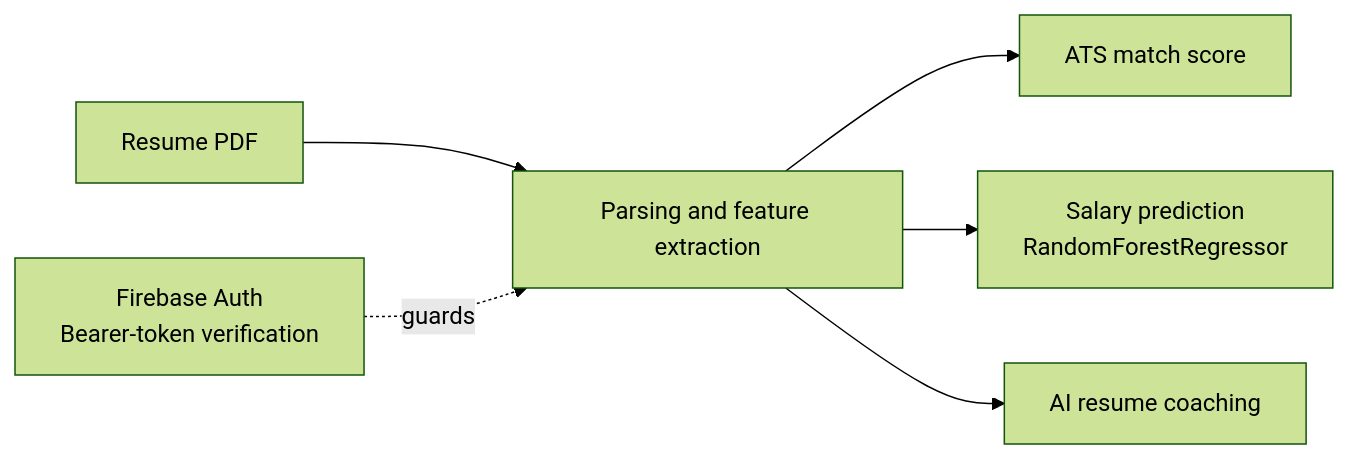
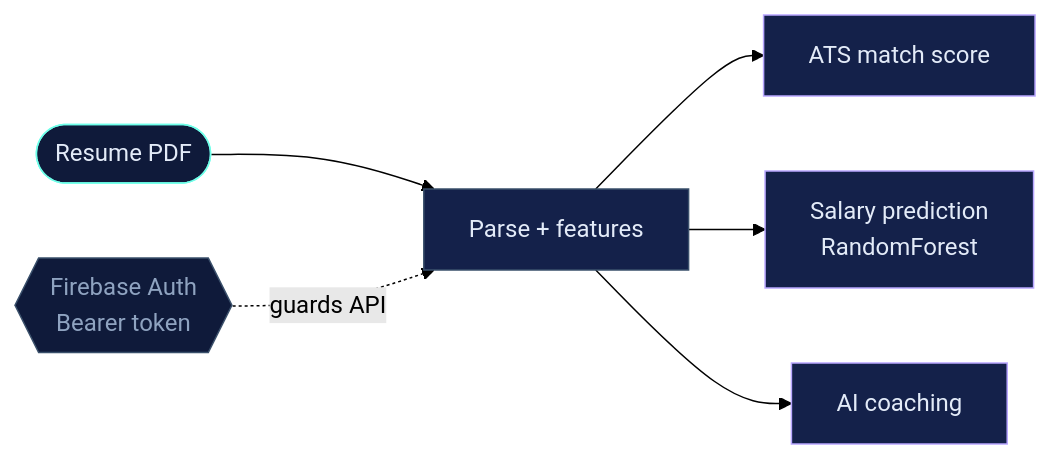
Before and after one commit to Shashank2006offl/Shashank2006offl: the third of 4 diagrams in README.md, drawn with Mermaid (forest theme). The commit also changed other lines of this file, not shown here.

````diff
--- a/README.md
+++ b/README.md
@@ -87,8 +90,14 @@
 ```mermaid
 flowchart LR
-    A[Resume PDF] --> B[Parsing and feature extraction]
+    A([Resume PDF]) --> B[Parse + features]
     B --> C[ATS match score]
-    B --> D[Salary prediction<br/>RandomForestRegressor]
-    B --> E[AI resume coaching]
-    F[Firebase Auth<br/>Bearer-token verification] -.guards.-> B
+    B --> D[Salary prediction<br/>RandomForest]
+    B --> E[AI coaching]
+    F{{Firebase Auth<br/>Bearer token}} -.guards API.-> B
+    style A fill:#0f1a3a,stroke:#6FFFE9,color:#e3ebf8
+    style B fill:#14214a,stroke:#3a506b,color:#e3ebf8
+    style C fill:#14214a,stroke:#b9a7ff,color:#e3ebf8
+    style D fill:#14214a,stroke:#b9a7ff,color:#e3ebf8
+    style E fill:#14214a,stroke:#b9a7ff,color:#e3ebf8
+    style F fill:#0f1a3a,stroke:#3a506b,color:#8fa3c0
 ```
````
